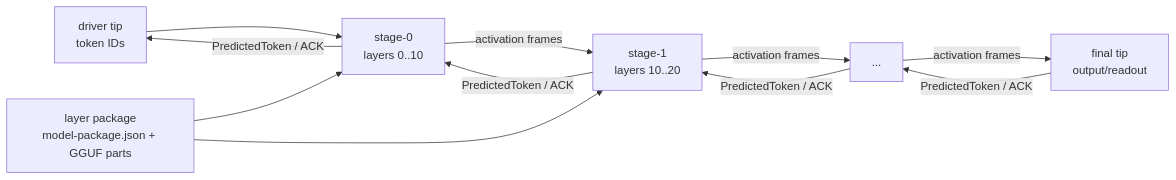
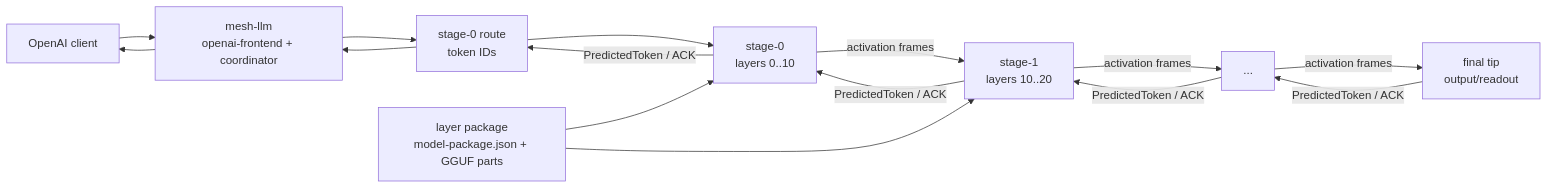
Before and after one commit to michaelneale/mesh-llm: the first of 3 diagrams in crates/skippy-server/README.md, drawn with Mermaid. The commit also changed other lines of this file and 16 other files, not shown here.

Commit message:
Refactor documentation across crates for mesh-driven architecture, OpenAI API integration, and staged runtime updates.

````diff
--- a/crates/skippy-server/README.md
+++ b/crates/skippy-server/README.md
@@ -21,14 +22,18 @@
 ```mermaid
 flowchart LR
-    D["driver tip<br/>token IDs"] --> S0["stage-0<br/>layers 0..10"]
+    C["OpenAI client"] --> Mesh["mesh-llm<br/>openai-frontend + coordinator"]
+    Mesh --> D["stage-0 route<br/>token IDs"]
+    D --> S0["stage-0<br/>layers 0..10"]
     S0 -->|activation frames| S1["stage-1<br/>layers 10..20"]
     S1 -->|activation frames| S2["..."]
     S2 -->|activation frames| SF["final tip<br/>output/readout"]
     SF -->|PredictedToken / ACK| S2
     S2 -->|PredictedToken / ACK| S1
     S1 -->|PredictedToken / ACK| S0
     S0 -->|PredictedToken / ACK| D
+    D --> Mesh
+    Mesh --> C
 
     P["layer package<br/>model-package.json + GGUF parts"] --> S0
     P --> S1
 ```
````
